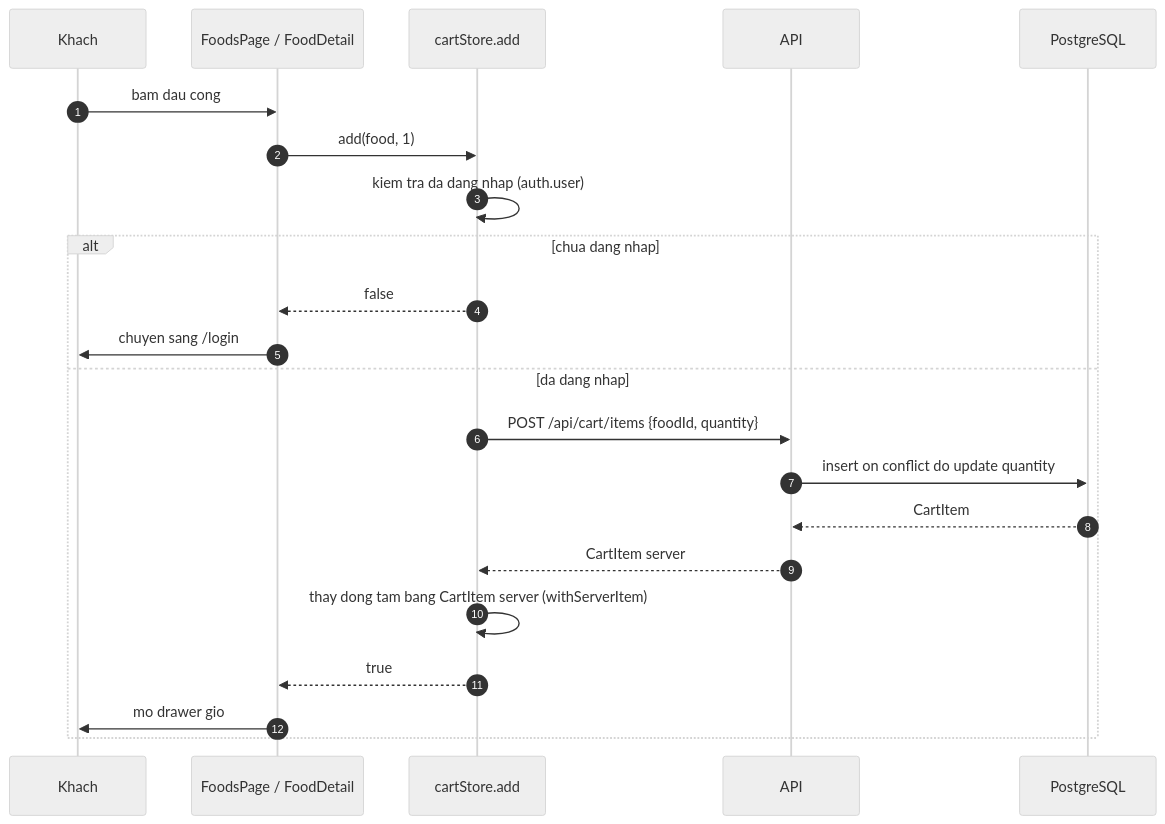
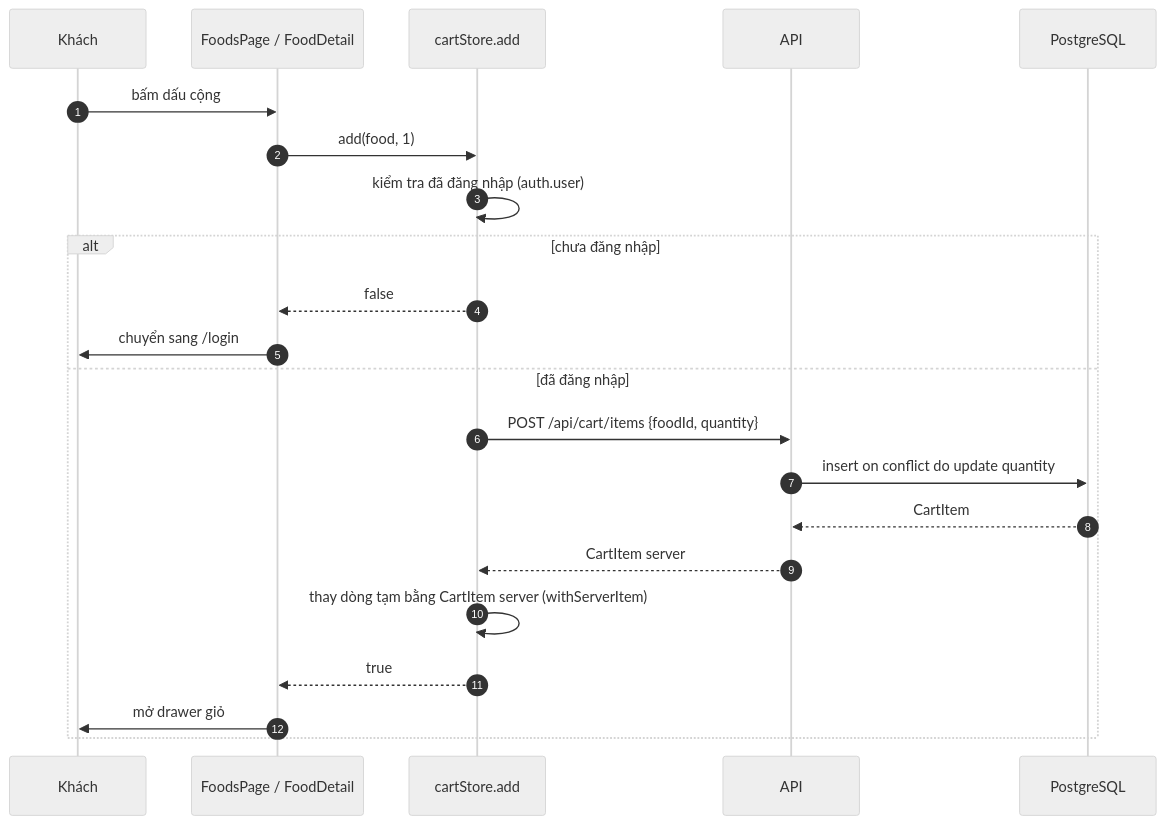
One commit to nghiaxh/food-ordering changed the first of 2 diagrams in wiki/Luong-khach-hang.md. Above: the diagram before and after it, drawn with Mermaid (neutral theme). The commit also changed other lines of this file and 1 other file, not shown here.

Commit message:
docs: restore Vietnamese diacritics in wiki flow pages (#154)

````diff
--- a/wiki/Luong-khach-hang.md
+++ b/wiki/Luong-khach-hang.md
@@ -14,24 +14,24 @@
 ```mermaid
 sequenceDiagram
   autonumber
-  participant U as Khach
+  participant U as Khách
   participant C as FoodsPage / FoodDetail
   participant S as cartStore.add
   participant A as API
   participant D as PostgreSQL
-  U->>C: bam dau cong
+  U->>C: bấm dấu cộng
   C->>S: add(food, 1)
-  S->>S: kiem tra da dang nhap (auth.user)
-  alt chua dang nhap
+  S->>S: kiểm tra đã đăng nhập (auth.user)
+  alt chưa đăng nhập
     S-->>C: false
-    C->>U: chuyen sang /login
-  else da dang nhap
+    C->>U: chuyển sang /login
+  else đã đăng nhập
     S->>A: POST /api/cart/items {foodId, quantity}
     A->>D: insert on conflict do update quantity
     D-->>A: CartItem
     A-->>S: CartItem server
-    S->>S: thay dong tam bang CartItem server (withServerItem)
+    S->>S: thay dòng tạm bằng CartItem server (withServerItem)
     S-->>C: true
-    C->>U: mo drawer gio
+    C->>U: mở drawer giỏ
   end
 ```
````
